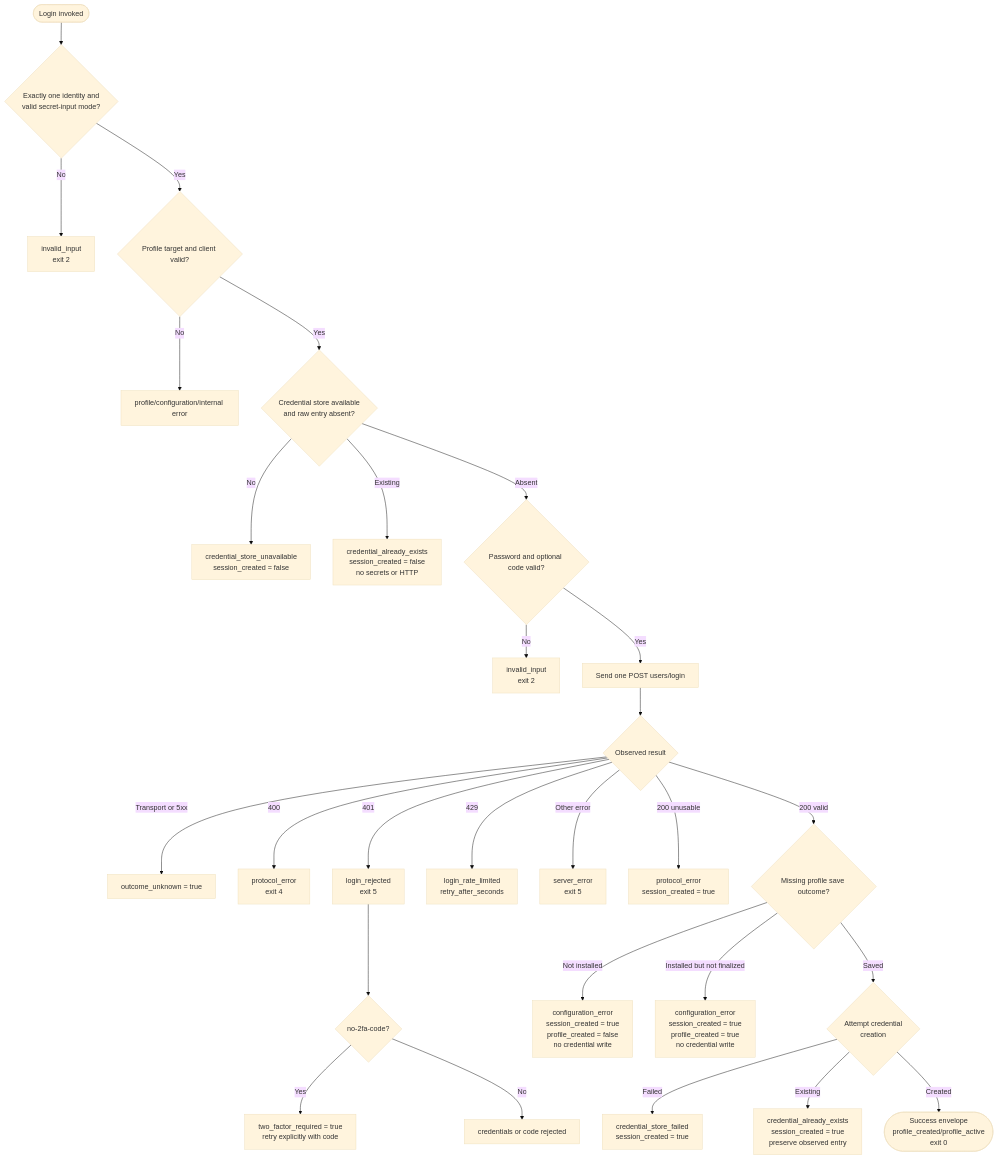
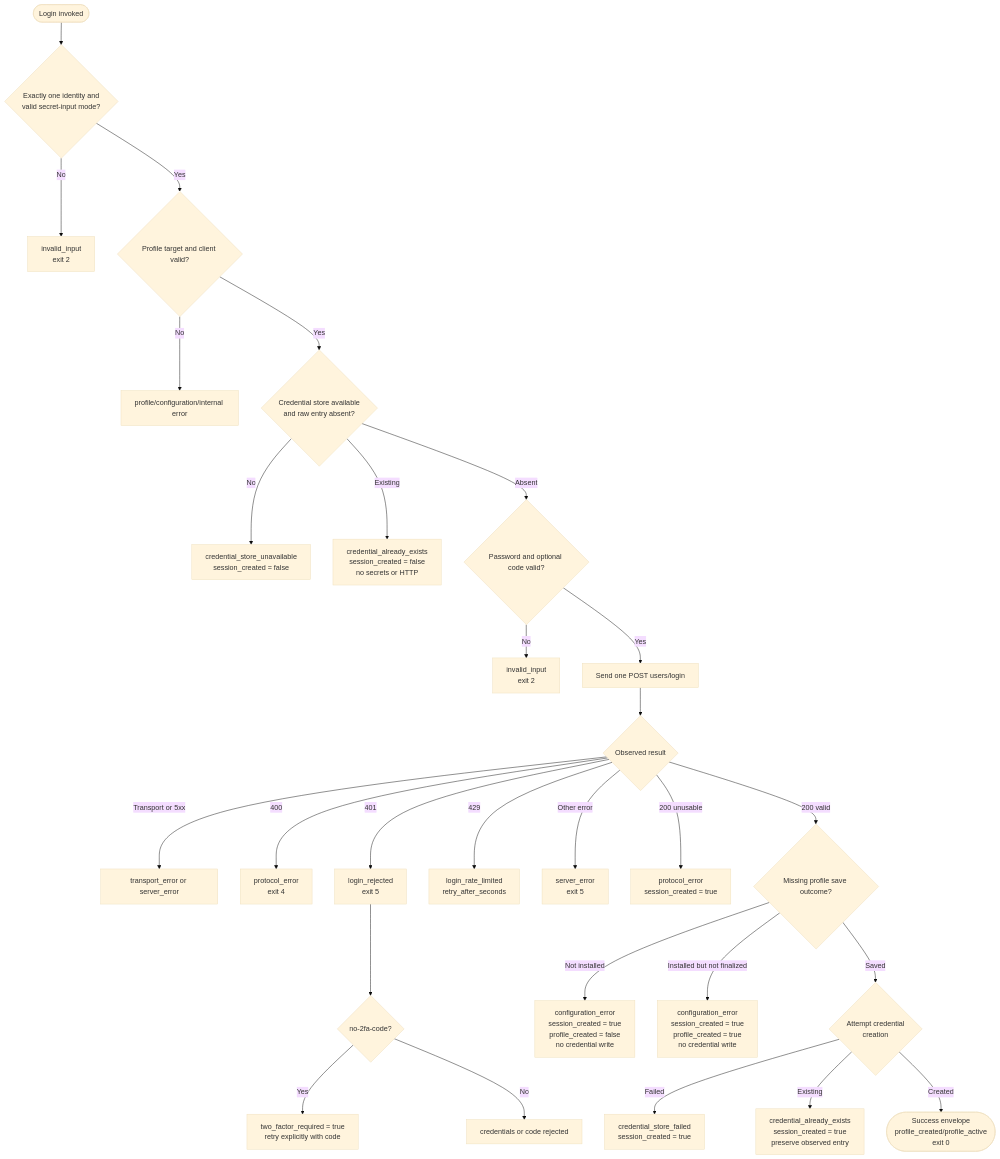
The seventh of 11 diagrams in docs/auth-architecture.md (AhmedLukman/wekan-cli), drawn with Mermaid (base theme) before and after one commit. The commit also changed other lines of this file and 191 other files, not shown here.

````diff
--- a/docs/auth-architecture.md
+++ b/docs/auth-architecture.md
@@ -377,30 +374,30 @@
 ```mermaid
 flowchart TD
     start([Login invoked]) --> parse{Exactly one identity and<br/>valid secret-input mode?}
     parse -- No --> usage[invalid_input<br/>exit 2]
     parse -- Yes --> server{Profile target and client valid?}
     server -- No --> config[profile/configuration/internal error]
     server -- Yes --> vault{Credential store available<br/>and raw entry absent?}
     vault -- No --> unavailable[credential_store_unavailable<br/>session_created = false]
     vault -- Existing --> occupied[credential_already_exists<br/>session_created = false<br/>no secrets or HTTP]
     vault -- Absent --> secrets{Password and optional code valid?}
     secrets -- No --> input[invalid_input<br/>exit 2]
     secrets -- Yes --> request[Send one POST users/login]
     request --> response{Observed result}
-    response -- Transport or 5xx --> unknown[outcome_unknown = true]
+    response -- Transport or 5xx --> requestfail[transport_error or server_error]
     response -- 400 --> malformed[protocol_error<br/>exit 4]
     response -- 401 --> rejected[login_rejected<br/>exit 5]
     rejected --> twofactor{no-2fa-code?}
     twofactor -- Yes --> required[two_factor_required = true<br/>retry explicitly with code]
     twofactor -- No --> credentials[credentials or code rejected]
     response -- 429 --> limited[login_rate_limited<br/>retry_after_seconds]
     response -- Other error --> servererr[server_error<br/>exit 5]
     response -- 200 unusable --> protocol[protocol_error<br/>session_created = true]
     response -- 200 valid --> profilesave{Missing profile save outcome?}
     profilesave -- Not installed --> profilefail[configuration_error<br/>session_created = true<br/>profile_created = false<br/>no credential write]
     profilesave -- Installed but not finalized --> profilefinalize[configuration_error<br/>session_created = true<br/>profile_created = true<br/>no credential write]
     profilesave -- Saved --> save{Attempt credential<br/>creation}
     save -- Failed --> storefail[credential_store_failed<br/>session_created = true]
     save -- Existing --> late[credential_already_exists<br/>session_created = true<br/>preserve observed entry]
     save -- Created --> success([Success envelope<br/>profile_created/profile_active<br/>exit 0])
 ```
````
